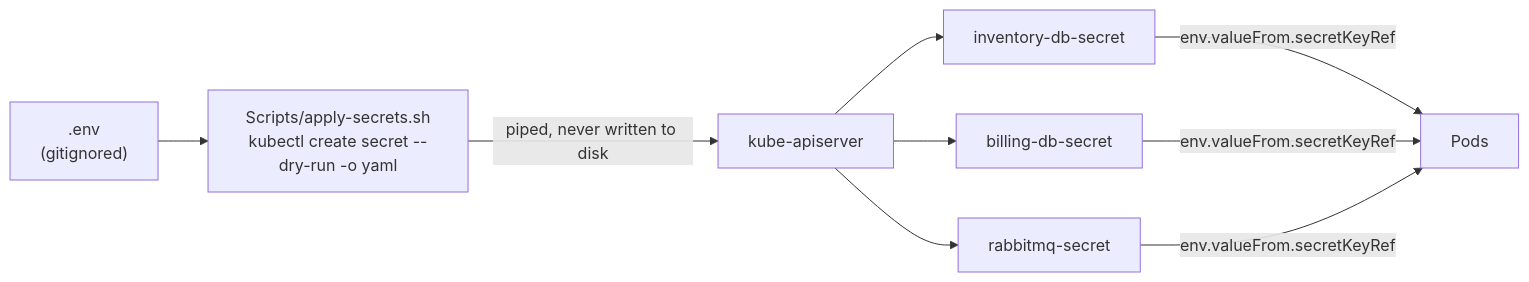
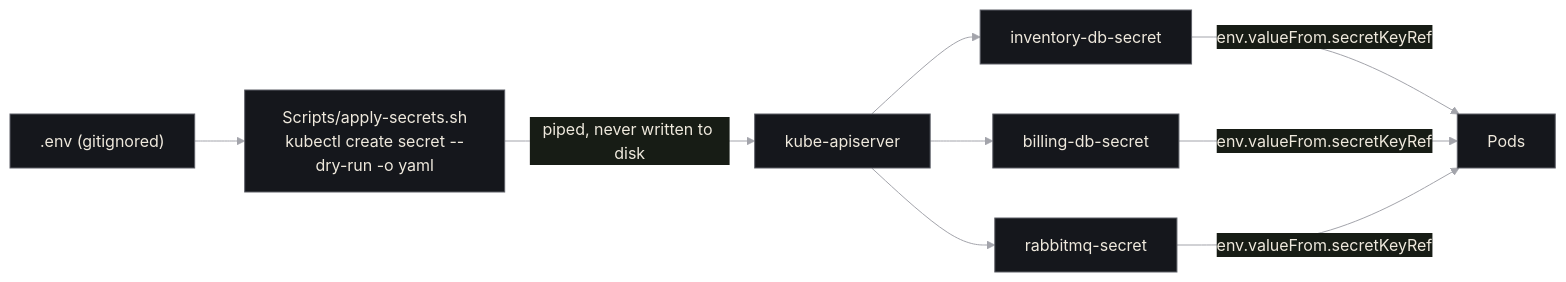
The second of 3 diagrams in README.md (Alasmawi/orchestrator), drawn with Mermaid before and after one commit. The commit also changed other lines of this file and 49 other files, not shown here.

First line of the commit message:
Make the audit pass as written; add diagrams and proof of state

````diff
--- a/README.md
+++ b/README.md
@@ -261,7 +170,8 @@
 ```mermaid
+%%{init: {"theme": "base", "themeVariables": {"background": "#0E0F12", "primaryColor": "#15171C", "primaryTextColor": "#EFE9DD", "primaryBorderColor": "#5C5E66", "lineColor": "#A3A4AB", "fontFamily": "JetBrains Mono, Menlo, monospace"}}}%%
 flowchart LR
-    env[".env<br/>(gitignored)"] --> script["Scripts/apply-secrets.sh<br/>kubectl create secret --dry-run -o yaml"]
-    script -->|"piped, never written to disk"| apiserver["kube-apiserver"]
-    apiserver --> s1["inventory-db-secret"] & s2["billing-db-secret"] & s3["rabbitmq-secret"]
+    env[".env (gitignored)"] --> script["Scripts/apply-secrets.sh<br/>kubectl create secret --dry-run -o yaml"]
+    script -->|"piped, never written to disk"| api["kube-apiserver"]
+    api --> s1["inventory-db-secret"] & s2["billing-db-secret"] & s3["rabbitmq-secret"]
     s1 & s2 & s3 -->|"env.valueFrom.secretKeyRef"| pods["Pods"]
 ```
````
